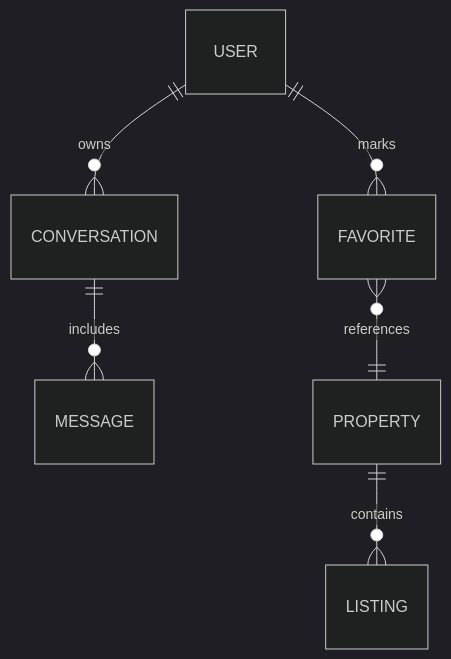
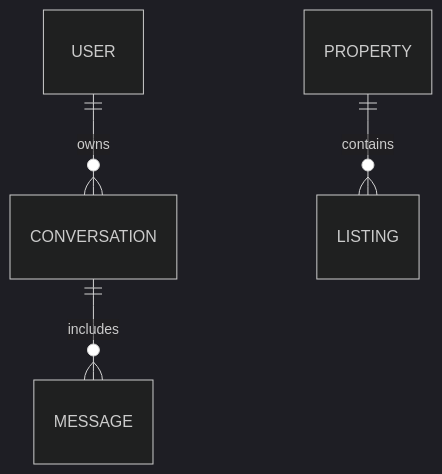
Before and after one commit to joonseolee/EstateWise-Chapel-Hill-Chatbot: diagram 11 of 20 in ARCHITECTURE.md, drawn with Mermaid (dark theme). The commit also changed other lines of this file and 5 other files, not shown here.

Commit message:
feat(ui-api): enhance app UI and integrate Neo4j graph DB to app

````diff
--- a/ARCHITECTURE.md
+++ b/ARCHITECTURE.md
@@ -140,8 +260,6 @@
 ```mermaid
 erDiagram
-    USER ||--o{ CONVERSATION : owns
-    CONVERSATION ||--o{ MESSAGE : includes
-    USER ||--o{ FAVORITE : marks
-    PROPERTY ||--o{ LISTING : contains
-    FAVORITE }o--|| PROPERTY : references
+  USER ||--o{ CONVERSATION : owns
+  CONVERSATION ||--o{ MESSAGE : includes
+  PROPERTY ||--o{ LISTING : contains
 ```
````
